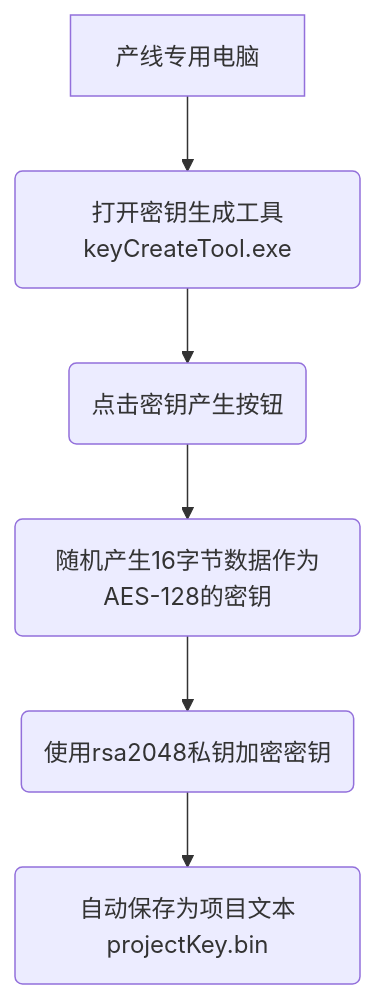
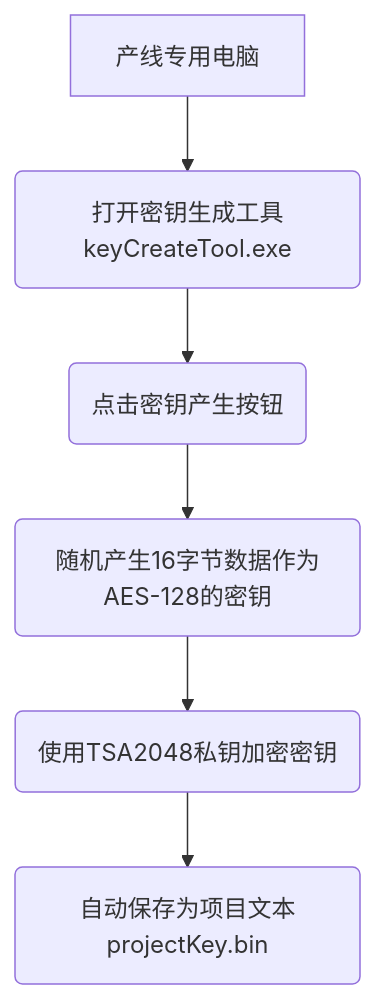
The diagram in all/未命名-3.md (facebook-cloud/iodraw-files), drawn with Mermaid before and after one commit.

Commit message:
2026-01-05 19:50:36 update

````diff
--- a/all/未命名-3.md
+++ b/all/未命名-3.md
@@ -1,9 +1,9 @@
 ```mermaid
 graph TD
     A[产线专用电脑] --> B(打开密钥生成工具keyCreateTool.exe)
     B --> C(点击密钥产生按钮)
     C --> D(随机产生16字节数据作为AES-128的密钥)
-    D --> E(使用rsa2048私钥加密密钥)
+    D --> E(使用TSA2048私钥加密密钥)
     E --> F(自动保存为项目文本projectKey.bin)
 
 ```
````
